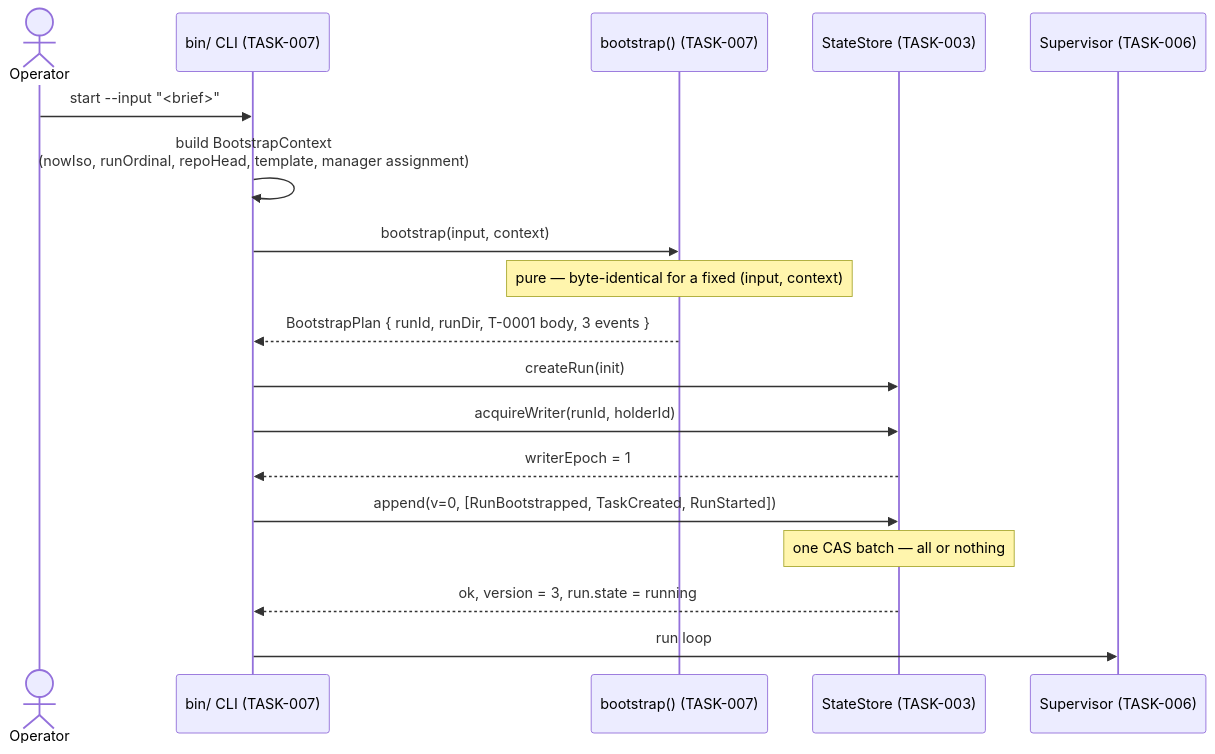
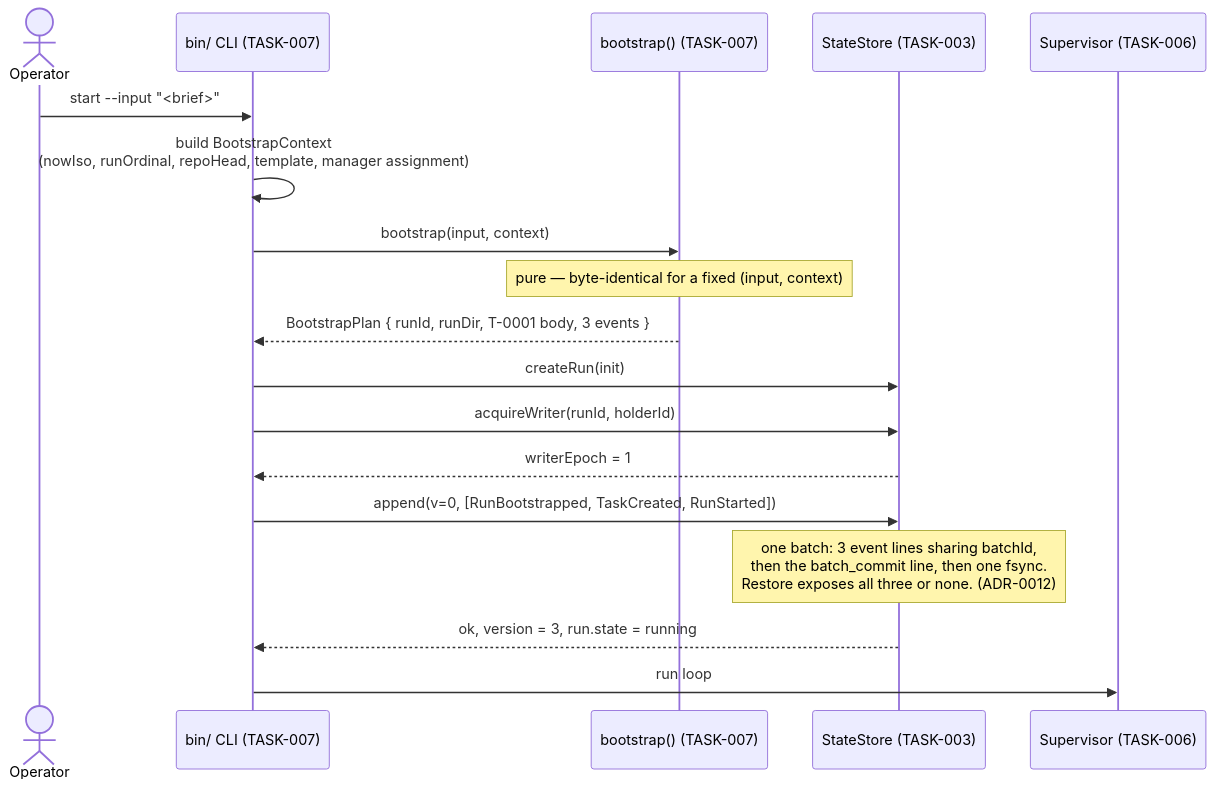
The first of 8 diagrams in diagrams/architecture/runtime-sequences.md (Fhurky/Multi-Agent-Engineering-Framework), drawn with Mermaid before and after one commit. The commit also changed other lines of this file and 43 other files, not shown here.

Commit message:
docs: complete TASK-028 runtime architecture amendment

````diff
--- a/diagrams/architecture/runtime-sequences.md
+++ b/diagrams/architecture/runtime-sequences.md
@@ -9,21 +28,21 @@
 ```mermaid
 sequenceDiagram
   actor Operator
   participant CLI as bin/ CLI (TASK-007)
   participant Boot as bootstrap() (TASK-007)
   participant Store as StateStore (TASK-003)
   participant Sup as Supervisor (TASK-006)
 
   Operator->>CLI: start --input "<brief>"
   CLI->>CLI: build BootstrapContext<br/>(nowIso, runOrdinal, repoHead, template, manager assignment)
   CLI->>Boot: bootstrap(input, context)
   Note over Boot: pure — byte-identical for a fixed (input, context)
   Boot-->>CLI: BootstrapPlan { runId, runDir, T-0001 body, 3 events }
   CLI->>Store: createRun(init)
   CLI->>Store: acquireWriter(runId, holderId)
   Store-->>CLI: writerEpoch = 1
   CLI->>Store: append(v=0, [RunBootstrapped, TaskCreated, RunStarted])
-  Note over Store: one CAS batch — all or nothing
+  Note over Store: one batch: 3 event lines sharing batchId,<br/>then the batch_commit line, then one fsync.<br/>Restore exposes all three or none. (ADR-0012)
   Store-->>CLI: ok, version = 3, run.state = running
   CLI->>Sup: run loop
 ```
````
